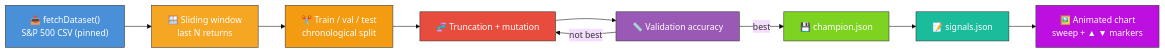
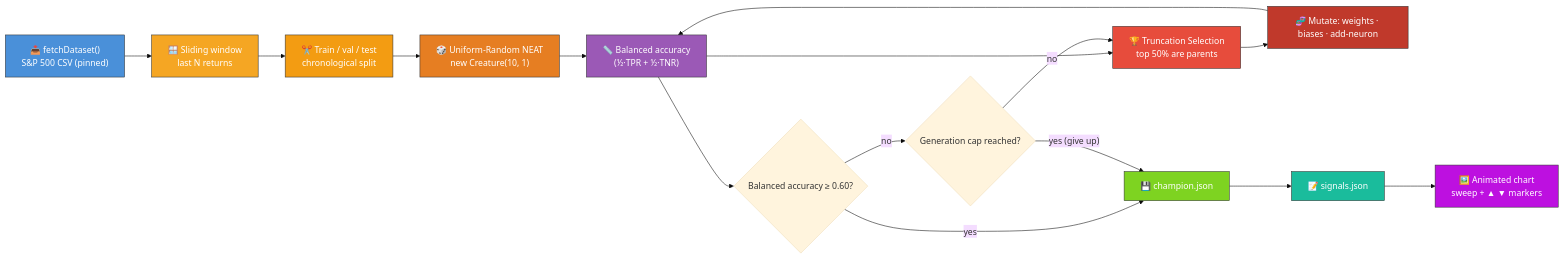
One commit to stSoftwareAU/NEAT-AI-Examples changed the diagram in stock_market/README.md. Above: the diagram before and after it, drawn with Mermaid (base theme). The commit also changed other lines of this file and 9 other files, not shown here.

````diff
--- a/stock_market/README.md
+++ b/stock_market/README.md
@@ -20,24 +23,37 @@
 ```mermaid
 flowchart LR
     DL["📥 fetchDataset()<br/>S&P 500 CSV (pinned)"]
     SLIDE["🪟 Sliding window<br/>last N returns"]
     SPLIT["✂️ Train / val / test<br/>chronological split"]
-    EVOLVE["🧬 Truncation + mutation"]
-    SCORE["📏 Validation accuracy"]
+    INIT["🎲 Uniform-Random NEAT<br/>new Creature(10, 1)"]
+    SCORE["📏 Balanced accuracy<br/>(½·TPR + ½·TNR)"]
+    SELECT["🏆 Truncation Selection<br/>top 50% are parents"]
+    MUTATE["🧬 Mutate: weights · biases · add-neuron"]
+    SOLVED{"Balanced accuracy ≥ 0.60?"}
+    CAP{"Generation cap reached?"}
     CHAMP["💾 champion.json"]
     SIG["📝 signals.json"]
     CHART["🖼️ Animated chart<br/>sweep + ▲ ▼ markers"]
 
-    DL --> SLIDE --> SPLIT --> EVOLVE --> SCORE
-    SCORE -- not best --> EVOLVE
-    SCORE -- best --> CHAMP --> SIG --> CHART
+    DL --> SLIDE --> SPLIT --> INIT --> SCORE
+    SCORE --> SELECT
+    SELECT --> MUTATE
+    MUTATE --> SCORE
+    SCORE --> SOLVED
+    SOLVED -- yes --> CHAMP
+    SOLVED -- no --> CAP
+    CAP -- no --> SELECT
+    CAP -- yes (give up) --> CHAMP
+    CHAMP --> SIG --> CHART
 
     style DL fill:#4a90d9,stroke:#333,color:#fff
     style SLIDE fill:#f5a623,stroke:#333,color:#fff
     style SPLIT fill:#f39c12,stroke:#333,color:#fff
-    style EVOLVE fill:#e74c3c,stroke:#333,color:#fff
+    style INIT fill:#e67e22,stroke:#333,color:#fff
     style SCORE fill:#9b59b6,stroke:#333,color:#fff
+    style SELECT fill:#e74c3c,stroke:#333,color:#fff
+    style MUTATE fill:#c0392b,stroke:#333,color:#fff
     style CHAMP fill:#7ed321,stroke:#333,color:#fff
     style SIG fill:#1abc9c,stroke:#333,color:#fff
     style CHART fill:#bd10e0,stroke:#333,color:#fff
 ```
````
